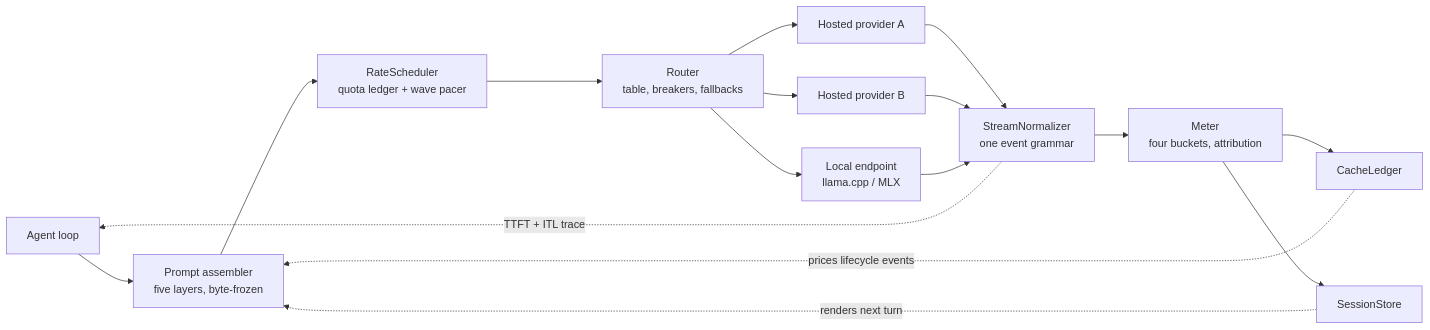
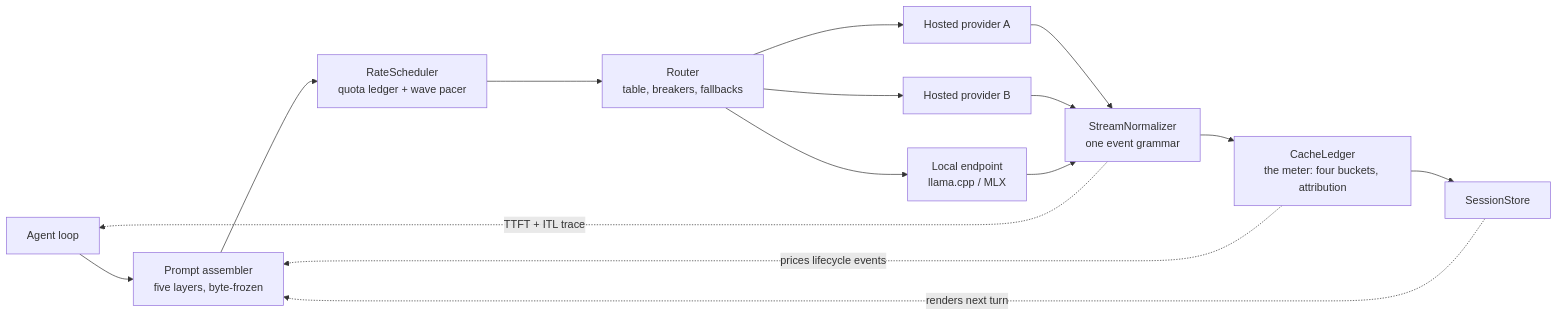
One commit to arbazkhan971/inference-engineering-book changed the diagram in manuscript/18-your-own-engine-room.md. Above: the diagram before and after it, drawn with Mermaid. The commit also changed other lines of this file and 5 other files, not shown here.

````diff
--- a/manuscript/18-your-own-engine-room.md
+++ b/manuscript/18-your-own-engine-room.md
@@ -47,18 +47,17 @@
 ```mermaid
 graph LR
     A[Agent loop] --> B[Prompt assembler<br/>five layers, byte-frozen]
     B --> C[RateScheduler<br/>quota ledger + wave pacer]
     C --> D[Router<br/>table, breakers, fallbacks]
     D --> E1[Hosted provider A]
     D --> E2[Hosted provider B]
     D --> E3[Local endpoint<br/>llama.cpp / MLX]
     E1 --> F[StreamNormalizer<br/>one event grammar]
     E2 --> F
     E3 --> F
-    F --> G[Meter<br/>four buckets, attribution]
-    G --> H[CacheLedger]
+    F --> G[CacheLedger<br/>the meter: four buckets, attribution]
     G --> I[SessionStore]
     F -.->|TTFT + ITL trace| A
-    H -.->|prices lifecycle events| B
+    G -.->|prices lifecycle events| B
     I -.->|renders next turn| B
 ```
````
